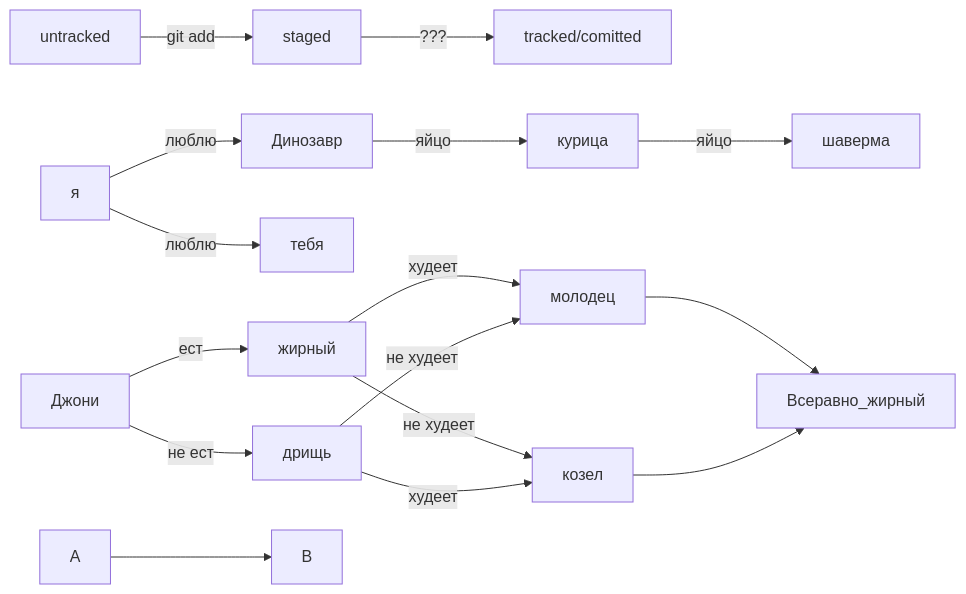
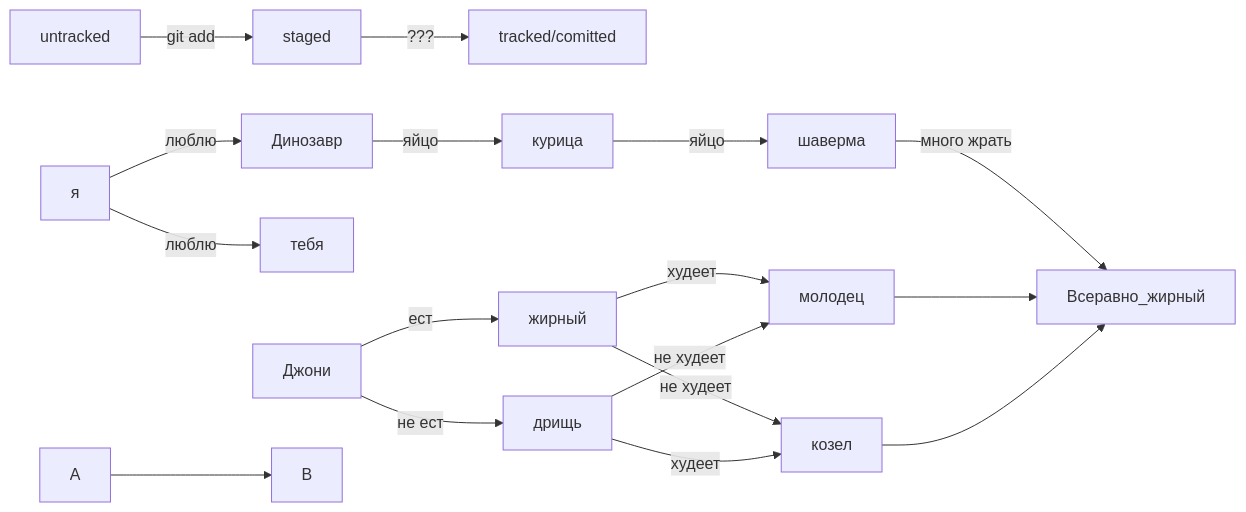
The diagram in Shpargalka.md (AleksandrLARUS/Shpargalka), drawn with Mermaid before and after one commit.

Commit message:
Испытать рабботу схемы 7

````diff
--- a/Shpargalka.md
+++ b/Shpargalka.md
@@ -153,17 +153,18 @@
 ```mermaid
 graph LR;
   untracked -- "git add" --> staged;
   staged    -- "???"     --> tracked/comitted;
   Динозавр -- "яйцо" --> курица -- "яйцо" --> шаверма;
+  шаверма -- "много жрать" --> Всеравно_жирный;
   я -- "люблю" --> тебя;
   я -- "люблю" --> Динозавр;
   Джони -- "ест" --> жирный -- "худеет" --> молодец;
   жирный -- "не худеет" --> козел;
   Джони -- "не ест" --> дрищь -- "не худеет" --> молодец;
   дрищь -- "худеет" --> козел;
   молодец --> Всеравно_жирный;
   козел --> Всеравно_жирный;
 
 %% стрелка без текста для примера: 
   A --> B;
 ```
````
